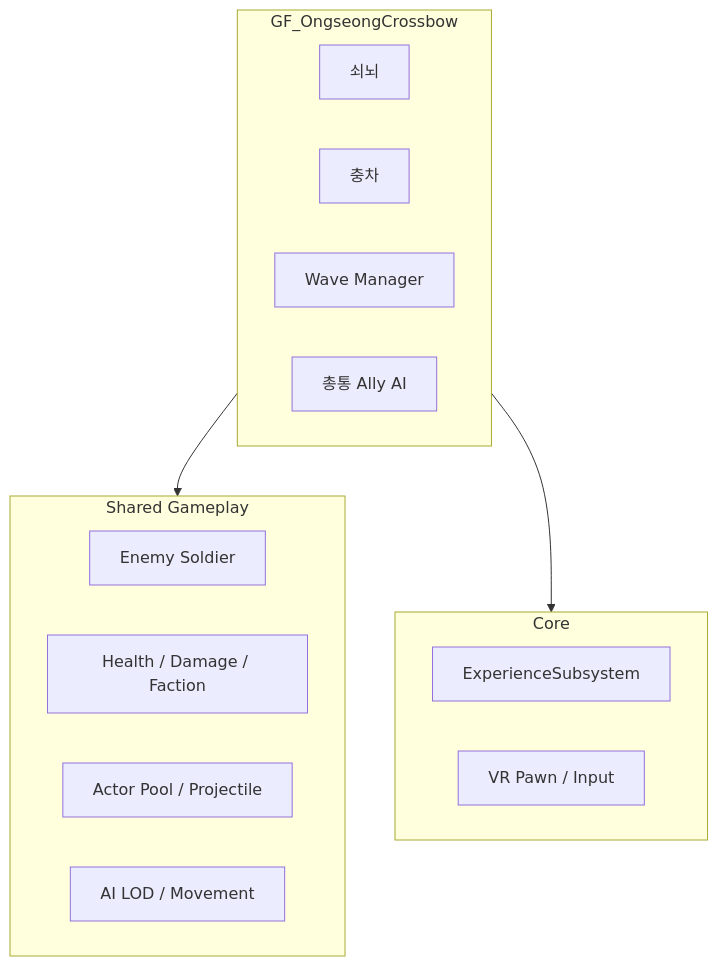
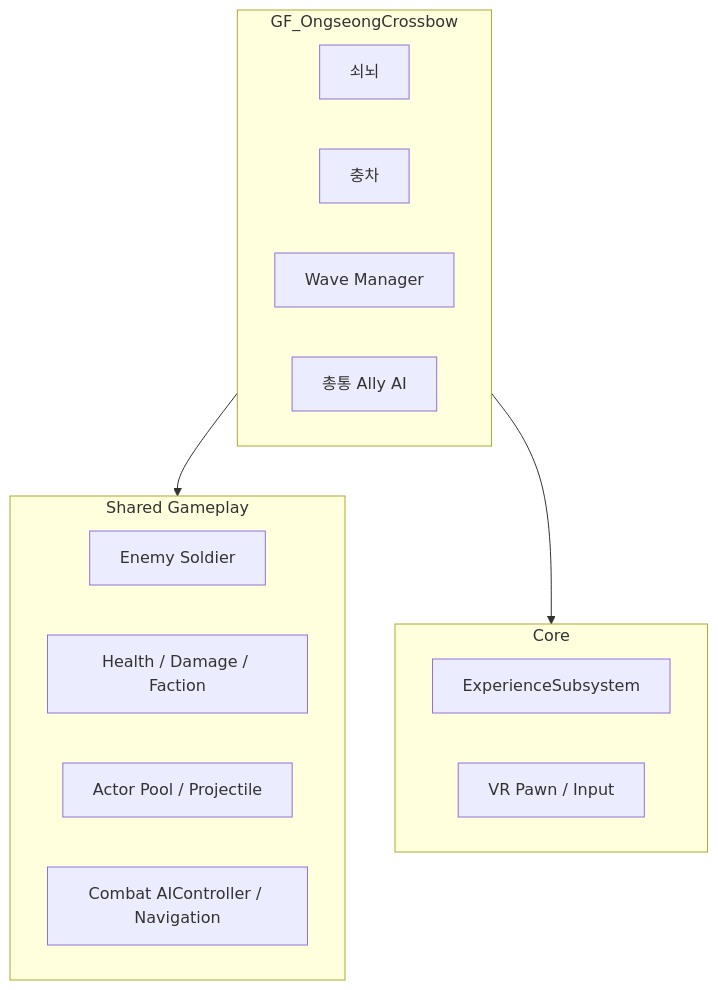
Before and after one commit to jihoon-c/SuwonSiegeContestVR: the first of 2 diagrams in docs/OngseongCrossbow/ARCHITECTURE.md, drawn with Mermaid. The commit also changed other lines of this file and 52 other files, not shown here.

````diff
--- a/docs/OngseongCrossbow/ARCHITECTURE.md
+++ b/docs/OngseongCrossbow/ARCHITECTURE.md
@@ -26,21 +26,21 @@
 ```mermaid
 graph TD
     subgraph FEATURE[GF_OngseongCrossbow]
       CROSSBOW[쇠뇌]
       RAM[충차]
       WAVE[Wave Manager]
       CHONGTONG[총통 Ally AI]
     end
     subgraph SHARED[Shared Gameplay]
       ENEMY[Enemy Soldier]
       COMBAT[Health / Damage / Faction]
       POOL[Actor Pool / Projectile]
-      AI[AI LOD / Movement]
+      AI[Combat AIController / Navigation]
     end
     subgraph CORE[Core]
       EXPERIENCE[ExperienceSubsystem]
       VR[VR Pawn / Input]
     end
     FEATURE --> SHARED
     FEATURE --> CORE
 ```
````
